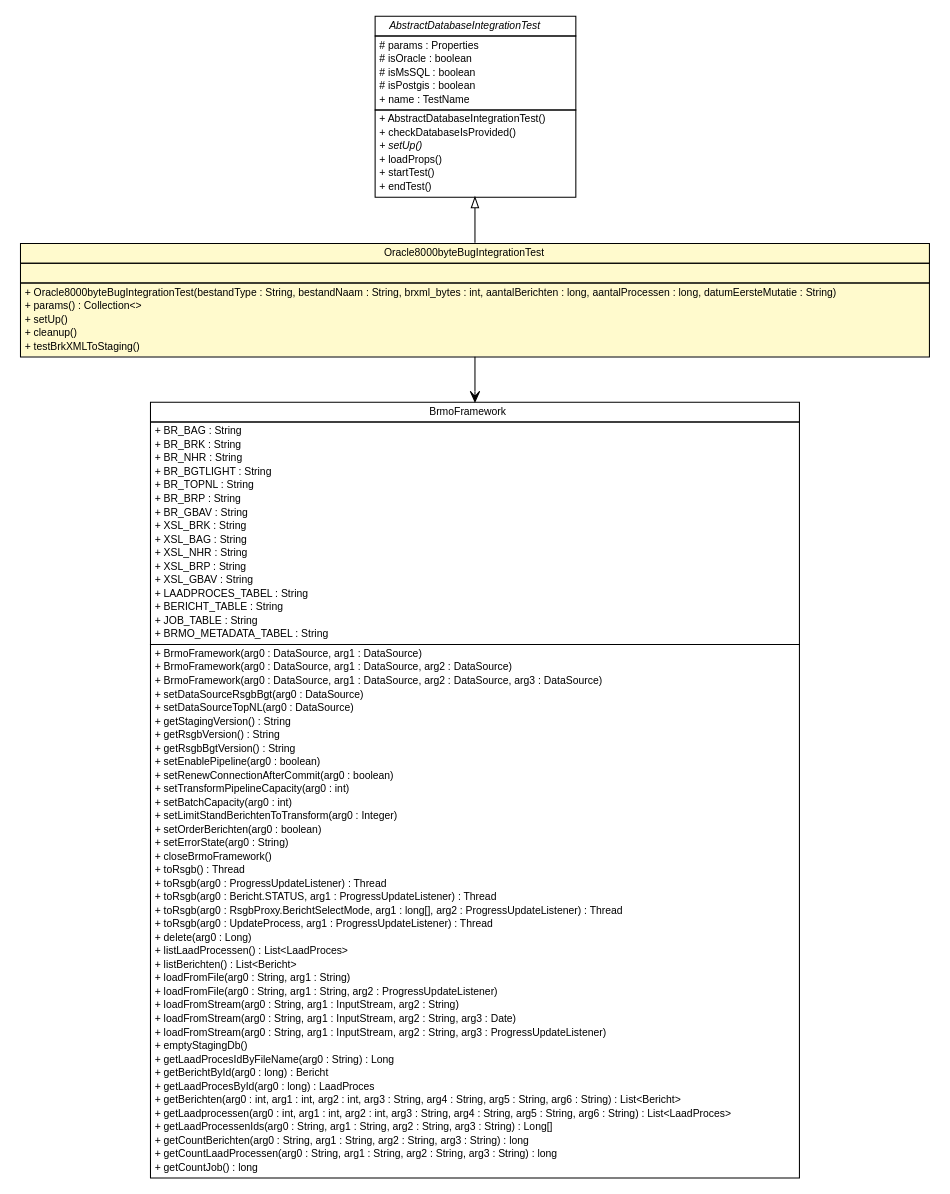
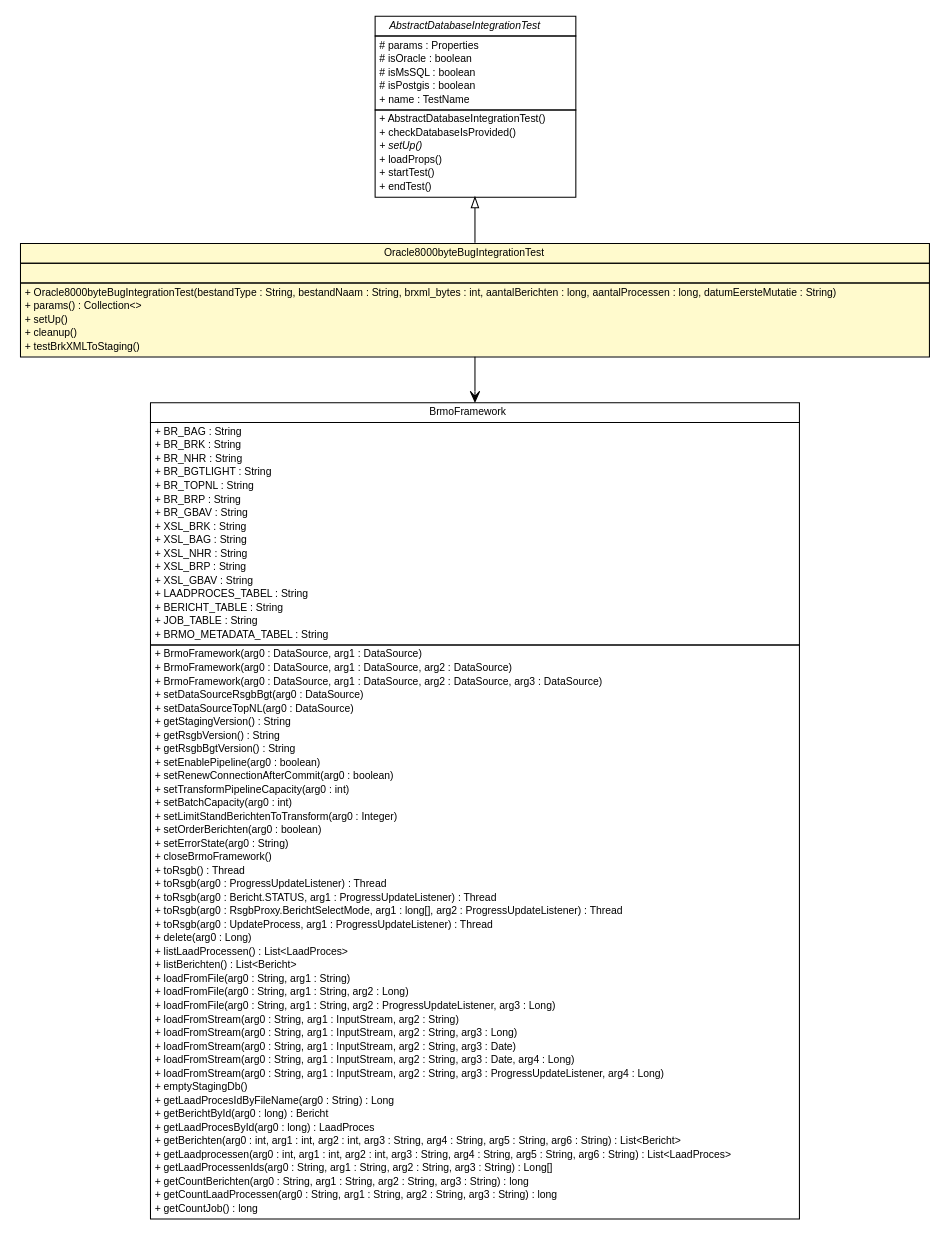
Before and after one commit to B3Partners/brmo: the diagram in brmo-loader/testapidocs/nl/b3p/Oracle8000byteBugIntegrationTest.dot, drawn with Graphviz. The commit also changed 4551 other files, not shown here.

```diff
--- a/brmo-loader/testapidocs/nl/b3p/Oracle8000byteBugIntegrationTest.dot
+++ b/brmo-loader/testapidocs/nl/b3p/Oracle8000byteBugIntegrationTest.dot
@@ -1,118 +1,121 @@
 #!/usr/local/bin/dot
 #
 # Class diagram 
 # Generated by UMLGraph version R5_6-24-gf6e263 (http://www.umlgraph.org/)
 #
 
 digraph G {
 	edge [fontname="Helvetica",fontsize=10,labelfontname="Helvetica",labelfontsize=10];
 	node [fontname="Helvetica",fontsize=10,shape=plaintext];
 	nodesep=0.25;
 	ranksep=0.5;
 	// nl.b3p.Oracle8000byteBugIntegrationTest
-	c940 [label=<<table title="nl.b3p.Oracle8000byteBugIntegrationTest" border="0" cellborder="1" cellspacing="0" cellpadding="2" port="p" bgcolor="lemonChiffon" href="./Oracle8000byteBugIntegrationTest.html">
+	c1002 [label=<<table title="nl.b3p.Oracle8000byteBugIntegrationTest" border="0" cellborder="1" cellspacing="0" cellpadding="2" port="p" bgcolor="lemonChiffon" href="./Oracle8000byteBugIntegrationTest.html">
 		<tr><td><table border="0" cellspacing="0" cellpadding="1">
 <tr><td align="center" balign="center"> Oracle8000byteBugIntegrationTest </td></tr>
 		</table></td></tr>
 		<tr><td><table border="0" cellspacing="0" cellpadding="1">
 <tr><td align="left" balign="left">  </td></tr>
 		</table></td></tr>
 		<tr><td><table border="0" cellspacing="0" cellpadding="1">
 <tr><td align="left" balign="left"> + Oracle8000byteBugIntegrationTest(bestandType : String, bestandNaam : String, brxml_bytes : int, aantalBerichten : long, aantalProcessen : long, datumEersteMutatie : String) </td></tr>
 <tr><td align="left" balign="left"> + params() : Collection&lt;&gt; </td></tr>
 <tr><td align="left" balign="left"> + setUp() </td></tr>
 <tr><td align="left" balign="left"> + cleanup() </td></tr>
 <tr><td align="left" balign="left"> + testBrkXMLToStaging() </td></tr>
 		</table></td></tr>
 		</table>>, URL="./Oracle8000byteBugIntegrationTest.html", fontname="Helvetica", fontcolor="black", fontsize=10.0];
 	// nl.b3p.AbstractDatabaseIntegrationTest
-	c948 [label=<<table title="nl.b3p.AbstractDatabaseIntegrationTest" border="0" cellborder="1" cellspacing="0" cellpadding="2" port="p" href="./AbstractDatabaseIntegrationTest.html">
+	c1010 [label=<<table title="nl.b3p.AbstractDatabaseIntegrationTest" border="0" cellborder="1" cellspacing="0" cellpadding="2" port="p" href="./AbstractDatabaseIntegrationTest.html">
 		<tr><td><table border="0" cellspacing="0" cellpadding="1">
 <tr><td align="center" balign="center"><font face="Helvetica-Oblique"> AbstractDatabaseIntegrationTest </font></td></tr>
 		</table></td></tr>
 		<tr><td><table border="0" cellspacing="0" cellpadding="1">
 <tr><td align="left" balign="left"> # params : Properties </td></tr>
 <tr><td align="left" balign="left"> # isOracle : boolean </td></tr>
 <tr><td align="left" balign="left"> # isMsSQL : boolean </td></tr>
 <tr><td align="left" balign="left"> # isPostgis : boolean </td></tr>
 <tr><td align="left" balign="left"> + name : TestName </td></tr>
 		</table></td></tr>
 		<tr><td><table border="0" cellspacing="0" cellpadding="1">
 <tr><td align="left" balign="left"> + AbstractDatabaseIntegrationTest() </td></tr>
 <tr><td align="left" balign="left"> + checkDatabaseIsProvided() </td></tr>
 <tr><td align="left" balign="left"><font face="Helvetica-Oblique" point-size="10.0"> + setUp() </font></td></tr>
 <tr><td align="left" balign="left"> + loadProps() </td></tr>
 <tr><td align="left" balign="left"> + startTest() </td></tr>
 <tr><td align="left" balign="left"> + endTest() </td></tr>
 		</table></td></tr>
 		</table>>, URL="./AbstractDatabaseIntegrationTest.html", fontname="Helvetica", fontcolor="black", fontsize=10.0];
 	//nl.b3p.Oracle8000byteBugIntegrationTest extends nl.b3p.AbstractDatabaseIntegrationTest
-	c948:p -> c940:p [dir=back,arrowtail=empty];
+	c1010:p -> c1002:p [dir=back,arrowtail=empty];
 	// nl.b3p.Oracle8000byteBugIntegrationTest NAVASSOC nl.b3p.brmo.loader.BrmoFramework
-	c940:p -> c961:p [taillabel="", label="", headlabel="", fontname="Helvetica", fontcolor="black", fontsize=10.0, color="black", arrowhead=open];
+	c1002:p -> c1024:p [taillabel="", label="", headlabel="", fontname="Helvetica", fontcolor="black", fontsize=10.0, color="black", arrowhead=open];
 	// nl.b3p.brmo.loader.BrmoFramework
-	c961 [label=<<table title="nl.b3p.brmo.loader.BrmoFramework" border="0" cellborder="1" cellspacing="0" cellpadding="2" port="p" href="http://java.sun.com/j2se/1.4.2/docs/api/nl/b3p/brmo/loader/BrmoFramework.html">
+	c1024 [label=<<table title="nl.b3p.brmo.loader.BrmoFramework" border="0" cellborder="1" cellspacing="0" cellpadding="2" port="p">
 		<tr><td><table border="0" cellspacing="0" cellpadding="1">
 <tr><td align="center" balign="center"> BrmoFramework </td></tr>
 		</table></td></tr>
 		<tr><td><table border="0" cellspacing="0" cellpadding="1">
 <tr><td align="left" balign="left"> + BR_BAG : String </td></tr>
 <tr><td align="left" balign="left"> + BR_BRK : String </td></tr>
 <tr><td align="left" balign="left"> + BR_NHR : String </td></tr>
 <tr><td align="left" balign="left"> + BR_BGTLIGHT : String </td></tr>
 <tr><td align="left" balign="left"> + BR_TOPNL : String </td></tr>
 <tr><td align="left" balign="left"> + BR_BRP : String </td></tr>
 <tr><td align="left" balign="left"> + BR_GBAV : String </td></tr>
 <tr><td align="left" balign="left"> + XSL_BRK : String </td></tr>
 <tr><td align="left" balign="left"> + XSL_BAG : String </td></tr>
 <tr><td align="left" balign="left"> + XSL_NHR : String </td></tr>
 <tr><td align="left" balign="left"> + XSL_BRP : String </td></tr>
 <tr><td align="left" balign="left"> + XSL_GBAV : String </td></tr>
 <tr><td align="left" balign="left"> + LAADPROCES_TABEL : String </td></tr>
 <tr><td align="left" balign="left"> + BERICHT_TABLE : String </td></tr>
 <tr><td align="left" balign="left"> + JOB_TABLE : String </td></tr>
 <tr><td align="left" balign="left"> + BRMO_METADATA_TABEL : String </td></tr>
 		</table></td></tr>
 		<tr><td><table border="0" cellspacing="0" cellpadding="1">
 <tr><td align="left" balign="left"> + BrmoFramework(arg0 : DataSource, arg1 : DataSource) </td></tr>
 <tr><td align="left" balign="left"> + BrmoFramework(arg0 : DataSource, arg1 : DataSource, arg2 : DataSource) </td></tr>
 <tr><td align="left" balign="left"> + BrmoFramework(arg0 : DataSource, arg1 : DataSource, arg2 : DataSource, arg3 : DataSource) </td></tr>
 <tr><td align="left" balign="left"> + setDataSourceRsgbBgt(arg0 : DataSource) </td></tr>
 <tr><td align="left" balign="left"> + setDataSourceTopNL(arg0 : DataSource) </td></tr>
 <tr><td align="left" balign="left"> + getStagingVersion() : String </td></tr>
 <tr><td align="left" balign="left"> + getRsgbVersion() : String </td></tr>
 <tr><td align="left" balign="left"> + getRsgbBgtVersion() : String </td></tr>
 <tr><td align="left" balign="left"> + setEnablePipeline(arg0 : boolean) </td></tr>
 <tr><td align="left" balign="left"> + setRenewConnectionAfterCommit(arg0 : boolean) </td></tr>
 <tr><td align="left" balign="left"> + setTransformPipelineCapacity(arg0 : int) </td></tr>
 <tr><td align="left" balign="left"> + setBatchCapacity(arg0 : int) </td></tr>
 <tr><td align="left" balign="left"> + setLimitStandBerichtenToTransform(arg0 : Integer) </td></tr>
 <tr><td align="left" balign="left"> + setOrderBerichten(arg0 : boolean) </td></tr>
 <tr><td align="left" balign="left"> + setErrorState(arg0 : String) </td></tr>
 <tr><td align="left" balign="left"> + closeBrmoFramework() </td></tr>
 <tr><td align="left" balign="left"> + toRsgb() : Thread </td></tr>
 <tr><td align="left" balign="left"> + toRsgb(arg0 : ProgressUpdateListener) : Thread </td></tr>
 <tr><td align="left" balign="left"> + toRsgb(arg0 : Bericht.STATUS, arg1 : ProgressUpdateListener) : Thread </td></tr>
 <tr><td align="left" balign="left"> + toRsgb(arg0 : RsgbProxy.BerichtSelectMode, arg1 : long[], arg2 : ProgressUpdateListener) : Thread </td></tr>
 <tr><td align="left" balign="left"> + toRsgb(arg0 : UpdateProcess, arg1 : ProgressUpdateListener) : Thread </td></tr>
 <tr><td align="left" balign="left"> + delete(arg0 : Long) </td></tr>
 <tr><td align="left" balign="left"> + listLaadProcessen() : List&lt;LaadProces&gt; </td></tr>
 <tr><td align="left" balign="left"> + listBerichten() : List&lt;Bericht&gt; </td></tr>
 <tr><td align="left" balign="left"> + loadFromFile(arg0 : String, arg1 : String) </td></tr>
-<tr><td align="left" balign="left"> + loadFromFile(arg0 : String, arg1 : String, arg2 : ProgressUpdateListener) </td></tr>
+<tr><td align="left" balign="left"> + loadFromFile(arg0 : String, arg1 : String, arg2 : Long) </td></tr>
+<tr><td align="left" balign="left"> + loadFromFile(arg0 : String, arg1 : String, arg2 : ProgressUpdateListener, arg3 : Long) </td></tr>
 <tr><td align="left" balign="left"> + loadFromStream(arg0 : String, arg1 : InputStream, arg2 : String) </td></tr>
+<tr><td align="left" balign="left"> + loadFromStream(arg0 : String, arg1 : InputStream, arg2 : String, arg3 : Long) </td></tr>
 <tr><td align="left" balign="left"> + loadFromStream(arg0 : String, arg1 : InputStream, arg2 : String, arg3 : Date) </td></tr>
-<tr><td align="left" balign="left"> + loadFromStream(arg0 : String, arg1 : InputStream, arg2 : String, arg3 : ProgressUpdateListener) </td></tr>
+<tr><td align="left" balign="left"> + loadFromStream(arg0 : String, arg1 : InputStream, arg2 : String, arg3 : Date, arg4 : Long) </td></tr>
+<tr><td align="left" balign="left"> + loadFromStream(arg0 : String, arg1 : InputStream, arg2 : String, arg3 : ProgressUpdateListener, arg4 : Long) </td></tr>
 <tr><td align="left" balign="left"> + emptyStagingDb() </td></tr>
 <tr><td align="left" balign="left"> + getLaadProcesIdByFileName(arg0 : String) : Long </td></tr>
 <tr><td align="left" balign="left"> + getBerichtById(arg0 : long) : Bericht </td></tr>
 <tr><td align="left" balign="left"> + getLaadProcesById(arg0 : long) : LaadProces </td></tr>
 <tr><td align="left" balign="left"> + getBerichten(arg0 : int, arg1 : int, arg2 : int, arg3 : String, arg4 : String, arg5 : String, arg6 : String) : List&lt;Bericht&gt; </td></tr>
 <tr><td align="left" balign="left"> + getLaadprocessen(arg0 : int, arg1 : int, arg2 : int, arg3 : String, arg4 : String, arg5 : String, arg6 : String) : List&lt;LaadProces&gt; </td></tr>
 <tr><td align="left" balign="left"> + getLaadProcessenIds(arg0 : String, arg1 : String, arg2 : String, arg3 : String) : Long[] </td></tr>
 <tr><td align="left" balign="left"> + getCountBerichten(arg0 : String, arg1 : String, arg2 : String, arg3 : String) : long </td></tr>
 <tr><td align="left" balign="left"> + getCountLaadProcessen(arg0 : String, arg1 : String, arg2 : String, arg3 : String) : long </td></tr>
 <tr><td align="left" balign="left"> + getCountJob() : long </td></tr>
 		</table></td></tr>
-		</table>>, URL="http://java.sun.com/j2se/1.4.2/docs/api/nl/b3p/brmo/loader/BrmoFramework.html", fontname="Helvetica", fontcolor="black", fontsize=10.0];
+		</table>>, URL="null", fontname="Helvetica", fontcolor="black", fontsize=10.0];
 }
```
